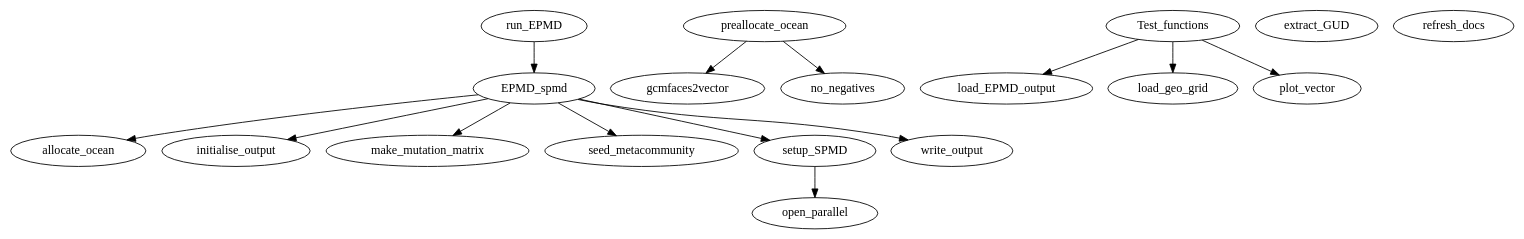
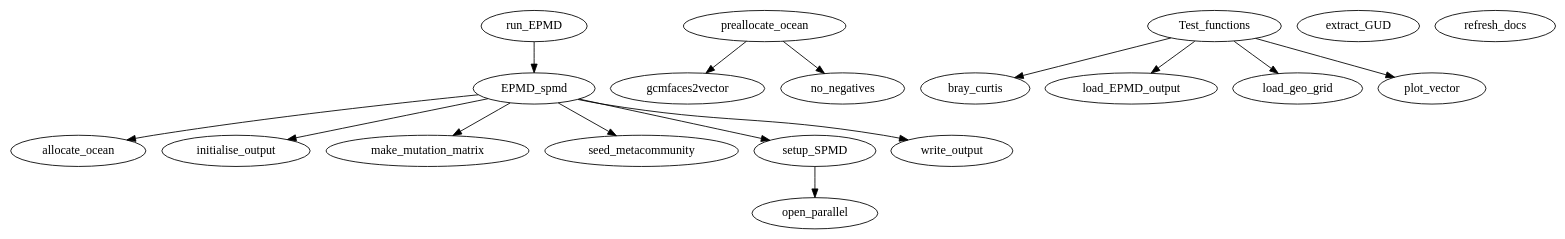
The diagram in docs/graph.dot (geebes/EPMD), drawn with Graphviz before and after one commit. The commit also changed 26 other files, not shown here.

```diff
--- a/docs/graph.dot
+++ b/docs/graph.dot
@@ -1,35 +1,37 @@
 /* Created by mdot for Matlab */
 digraph m2html {
   EPMD_spmd -> allocate_ocean;
   EPMD_spmd -> initialise_output;
   EPMD_spmd -> make_mutation_matrix;
   EPMD_spmd -> seed_metacommunity;
   EPMD_spmd -> setup_SPMD;
   EPMD_spmd -> write_output;
   setup_SPMD -> open_parallel;
   preallocate_ocean -> gcmfaces2vector;
   preallocate_ocean -> no_negatives;
+  Test_functions -> bray_curtis;
   Test_functions -> load_EPMD_output;
   Test_functions -> load_geo_grid;
   Test_functions -> plot_vector;
   run_EPMD -> EPMD_spmd;
 
+  bray_curtis [URL="EPMD/Diagnostic_funcs/bray_curtis.html"];
   load_EPMD_output [URL="EPMD/Diagnostic_funcs/load_EPMD_output.html"];
   load_geo_grid [URL="EPMD/Diagnostic_funcs/load_geo_grid.html"];
   plot_vector [URL="EPMD/Diagnostic_funcs/plot_vector.html"];
   EPMD_spmd [URL="EPMD/EPMD_functions/EPMD_spmd.html"];
   allocate_ocean [URL="EPMD/EPMD_functions/allocate_ocean.html"];
   gcmfaces2vector [URL="EPMD/EPMD_functions/gcmfaces2vector.html"];
   initialise_output [URL="EPMD/EPMD_functions/initialise_output.html"];
   make_mutation_matrix [URL="EPMD/EPMD_functions/make_mutation_matrix.html"];
   open_parallel [URL="EPMD/EPMD_functions/open_parallel.html"];
   seed_metacommunity [URL="EPMD/EPMD_functions/seed_metacommunity.html"];
   setup_SPMD [URL="EPMD/EPMD_functions/setup_SPMD.html"];
   write_output [URL="EPMD/EPMD_functions/write_output.html"];
   extract_GUD [URL="EPMD/TM_data/extract_GUD.html"];
   no_negatives [URL="EPMD/TM_data/no_negatives.html"];
   preallocate_ocean [URL="EPMD/TM_data/preallocate_ocean.html"];
   Test_functions [URL="EPMD/Visualisation_scripts/Test_functions.html"];
   refresh_docs [URL="EPMD/refresh_docs.html"];
   run_EPMD [URL="EPMD/run_EPMD.html"];
 }
```
